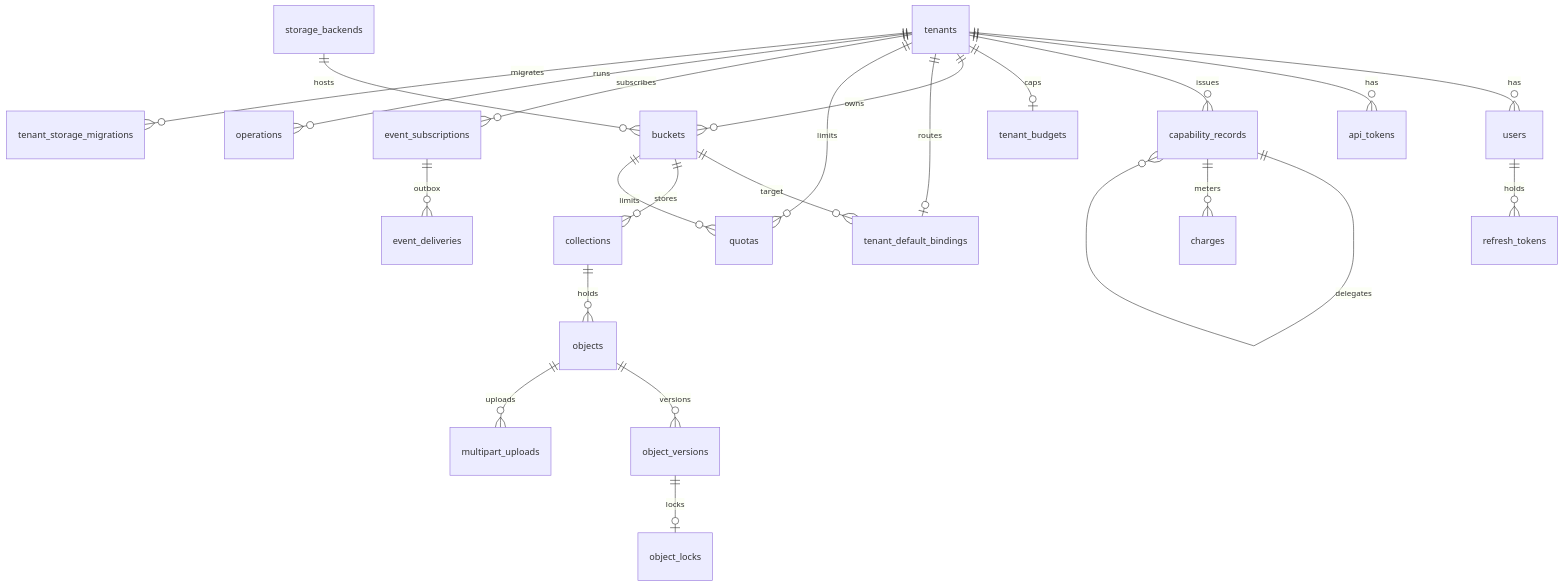
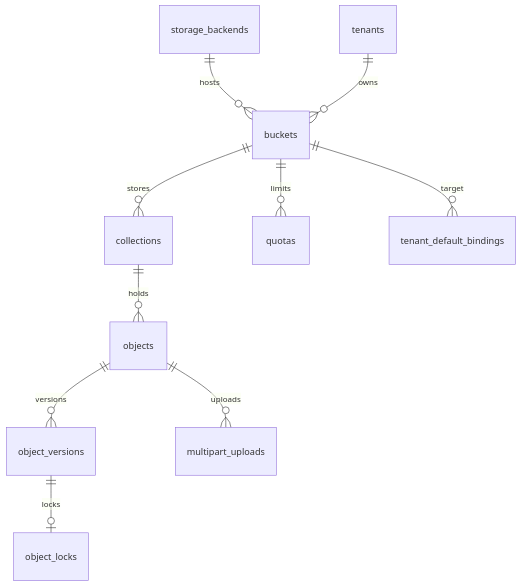
The fourth of 6 diagrams in backend/docs/diagrams.md (oleg-tkachuk/paladin), drawn with Mermaid before and after one commit. The commit also changed other lines of this file and 2 other files, not shown here.

First line of the commit message:
docs: lay the diagrams out so nothing overlaps in the default renderer

````diff
--- a/backend/docs/diagrams.md
+++ b/backend/docs/diagrams.md
@@ -88,25 +102,12 @@
 ```mermaid
 erDiagram
-    tenants ||--o{ users : has
-    users ||--o{ refresh_tokens : holds
-    tenants ||--o{ api_tokens : has
-    tenants ||--o{ capability_records : issues
-    capability_records ||--o{ capability_records : delegates
-    capability_records ||--o{ charges : meters
-    tenants ||--o| tenant_budgets : caps
     storage_backends ||--o{ buckets : hosts
     tenants ||--o{ buckets : owns
-    tenants ||--o| tenant_default_bindings : routes
-    buckets ||--o{ tenant_default_bindings : target
     buckets ||--o{ collections : stores
     collections ||--o{ objects : holds
     objects ||--o{ object_versions : versions
     object_versions ||--o| object_locks : locks
     objects ||--o{ multipart_uploads : uploads
-    tenants ||--o{ quotas : limits
     buckets ||--o{ quotas : limits
-    tenants ||--o{ event_subscriptions : subscribes
-    event_subscriptions ||--o{ event_deliveries : outbox
-    tenants ||--o{ operations : runs
-    tenants ||--o{ tenant_storage_migrations : migrates
+    buckets ||--o{ tenant_default_bindings : target
 ```
````
